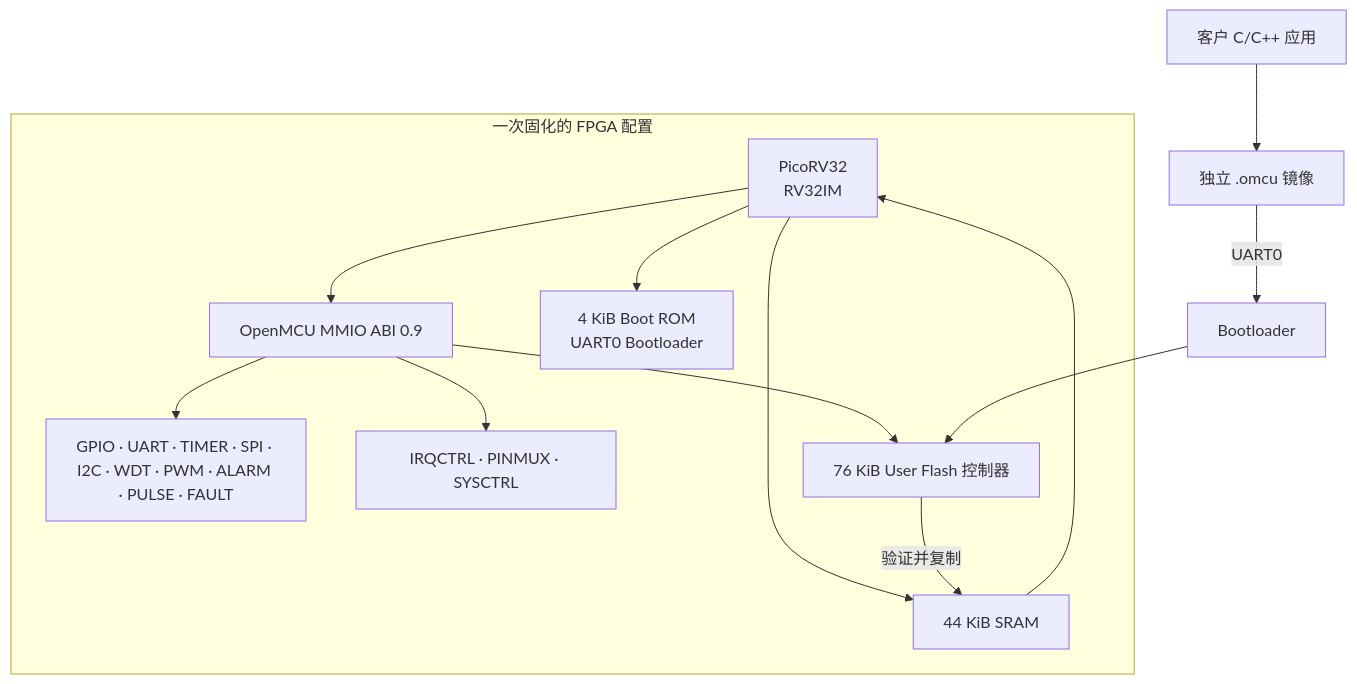
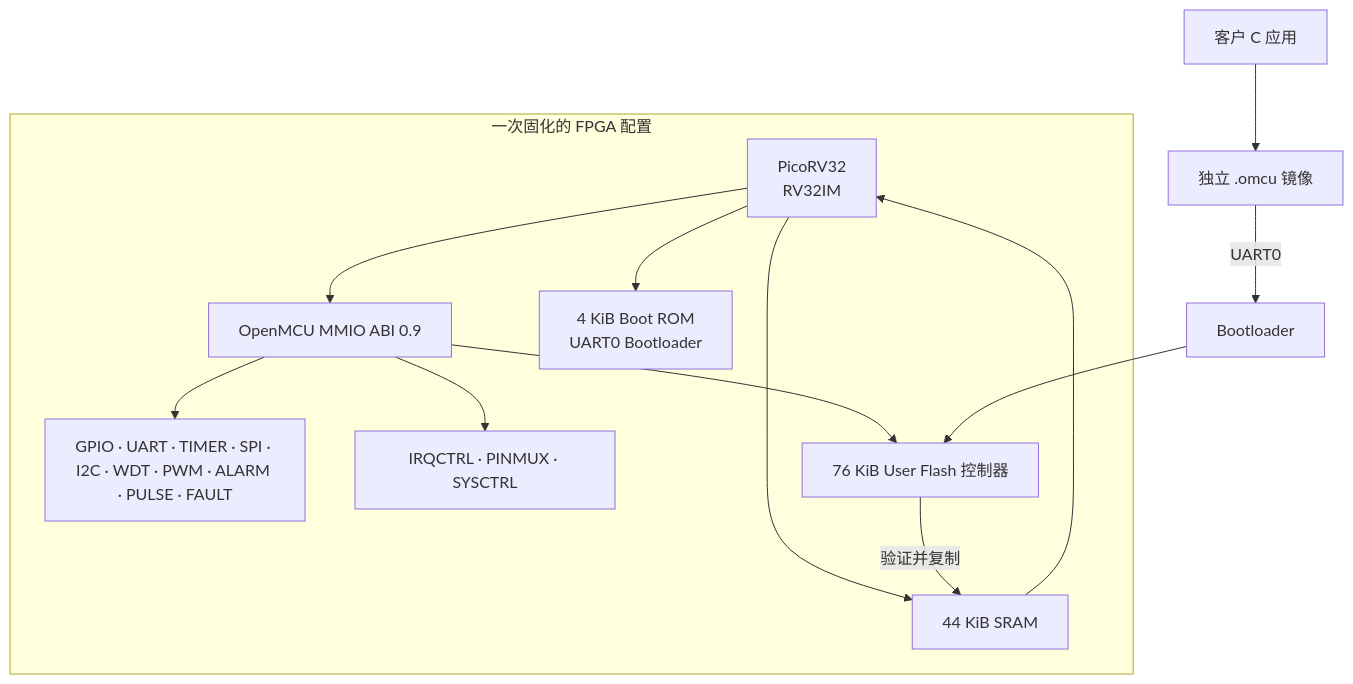
One commit to tianrking/OpenMCU-TN9K changed the first of 2 diagrams in docs/zh-CN/peripheral-pin-specification.md. Above: the diagram before and after it, drawn with Mermaid. The commit also changed 11 other files, not shown here.

````diff
--- a/docs/zh-CN/peripheral-pin-specification.md
+++ b/docs/zh-CN/peripheral-pin-specification.md
@@ -24,16 +24,16 @@
 ```mermaid
 flowchart TB
   subgraph BIT[一次固化的 FPGA 配置]
     CPU[PicoRV32\nRV32IM] --> MMIO[OpenMCU MMIO ABI 0.9]
     CPU --> ROM[4 KiB Boot ROM\nUART0 Bootloader]
     CPU --> SRAM[44 KiB SRAM]
     MMIO --> P[GPIO · UART · TIMER · SPI · I2C · WDT · PWM · ALARM · PULSE · FAULT]
     MMIO --> SYS[IRQCTRL · PINMUX · SYSCTRL]
     MMIO --> UF[76 KiB User Flash 控制器]
   end
-  APP[客户 C/C++ 应用] --> IMG[独立 .omcu 镜像]
+  APP[客户 C 应用] --> IMG[独立 .omcu 镜像]
   IMG -->|UART0| BOOT[Bootloader]
   BOOT --> UF
   UF -->|验证并复制| SRAM
   SRAM --> CPU
 ```
````
